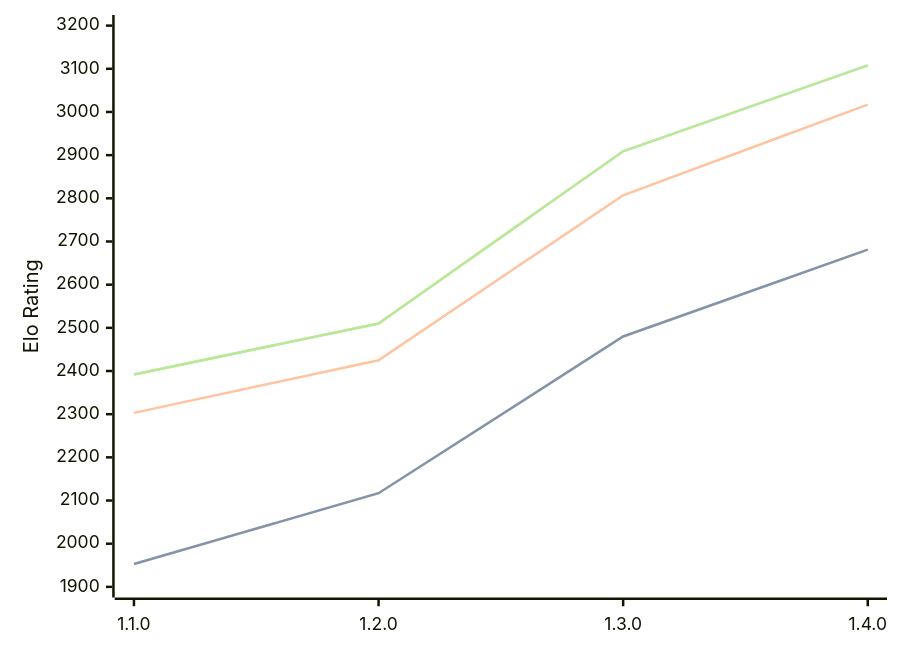
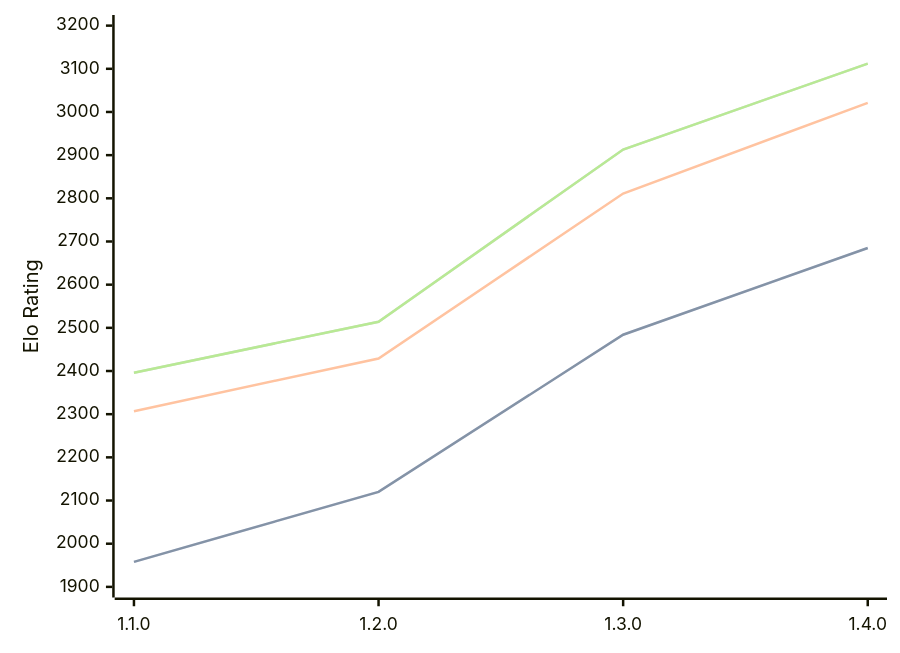
Before and after one commit to computer-chess-index/cci: the diagram in engines/Gyatso.md, drawn with Mermaid. The commit also changed other lines of this file, not shown here.

Commit message:
Update CCI Ratings (ELO VLTC) - 2026-08-18

````diff
--- a/engines/Gyatso.md
+++ b/engines/Gyatso.md
@@ -36,11 +36,11 @@
 ```mermaid
 %%{init: {"theme":"base","themeVariables":{"seriesColors:['#a3a3a3','#222221','#faa371']}}}%%
 xychart-beta
   x-axis ["1.1.0", "1.2.0", "1.3.0", "1.4.0"]
   y-axis "Elo Rating" 1900 --> 3200
-  line "STC (8.0+0.08s)" [1953, 2117, 2480, 2681]
-  line "STC (8.0+0.08s)" [1953, 2117, 2480, 2681]
-  line "LTC (60.0+0.60s)" [2303, 2425, 2807, 3017]
-  line "VLTC (2m24s+1.12s)" [2392, 2510, 2909, 3108]
-  line "VLTC (2m24s+1.12s)" [2392, 2510, 2909, 3108]
+  line "STC (8.0+0.08s)" [1958, 2120, 2484, 2685]
+  line "STC (8.0+0.08s)" [1958, 2120, 2484, 2685]
+  line "LTC (60.0+0.60s)" [2307, 2429, 2811, 3021]
+  line "VLTC (2m24s+1.12s)" [2396, 2514, 2913, 3112]
+  line "VLTC (2m24s+1.12s)" [2396, 2514, 2913, 3112]
 ```
````
